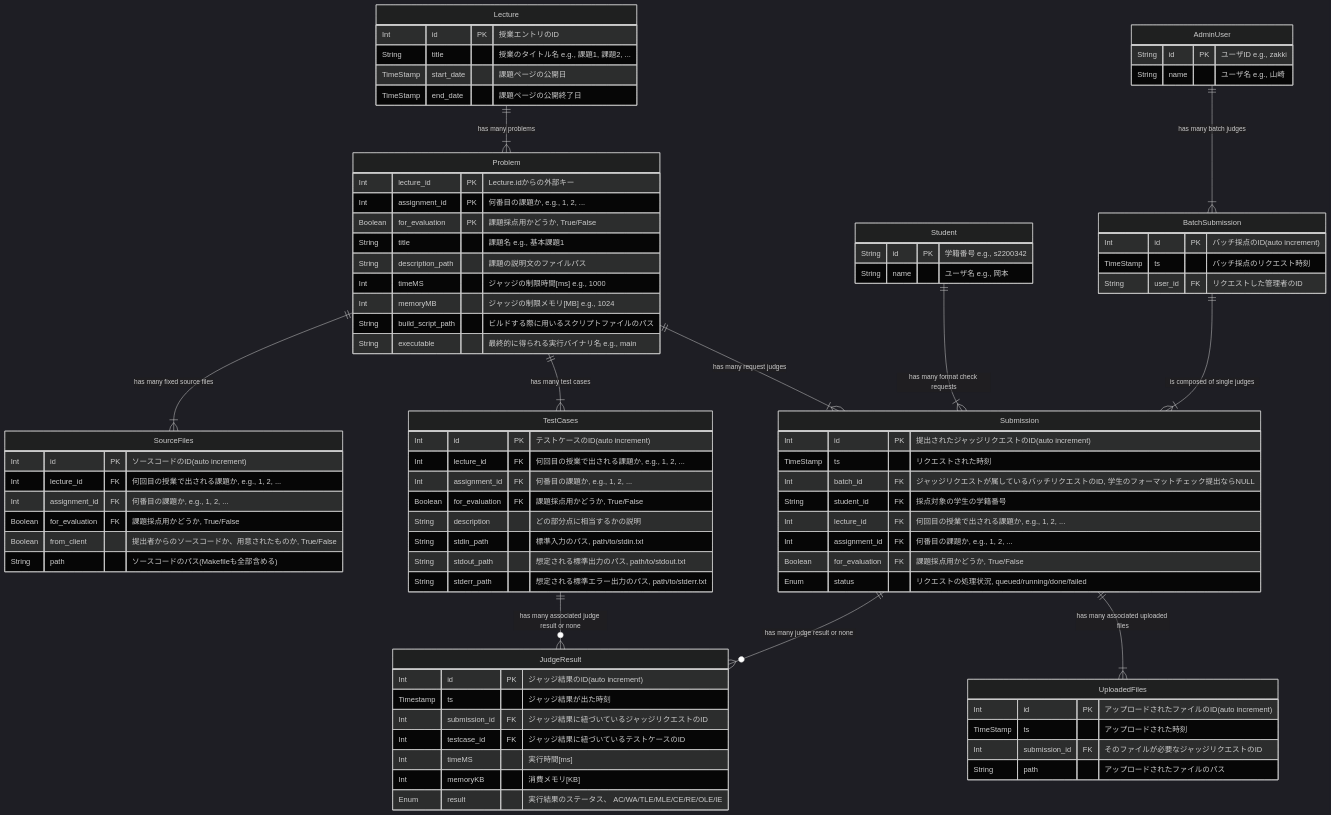
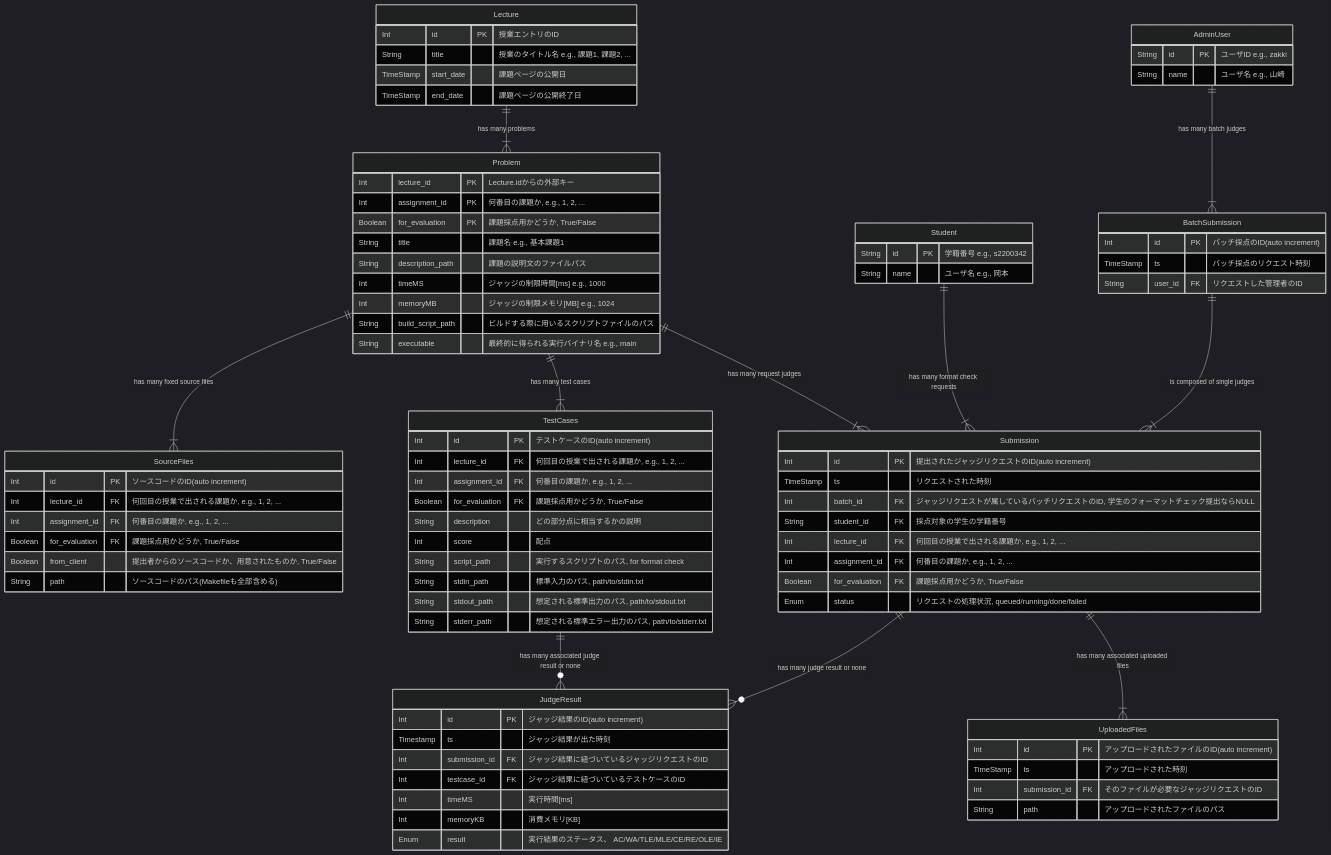
One commit to takoyaki65/dsa-judge-server changed the diagram in README.md. Above: the diagram before and after it, drawn with Mermaid (dark theme). The commit also changed 1 other file, not shown here.

Commit message:
テーブルのスキーマを変更

```diff
--- a/README.md
+++ b/README.md
@@ -40,6 +40,8 @@
 		Int assignment_id FK "何番目の課題か, e.g., 1, 2, ..."
 		Boolean for_evaluation FK "課題採点用かどうか, True/False"
 		String description "どの部分点に相当するかの説明"
+		Int score "配点"
+		String script_path "実行するスクリプトのパス, for format check"
 		String stdin_path "標準入力のパス, path/to/stdin.txt"
 		String stdout_path "想定される標準出力のパス, path/to/stdout.txt"
 		String stderr_path "想定される標準エラー出力のパス, path/to/stderr.txt"
```
